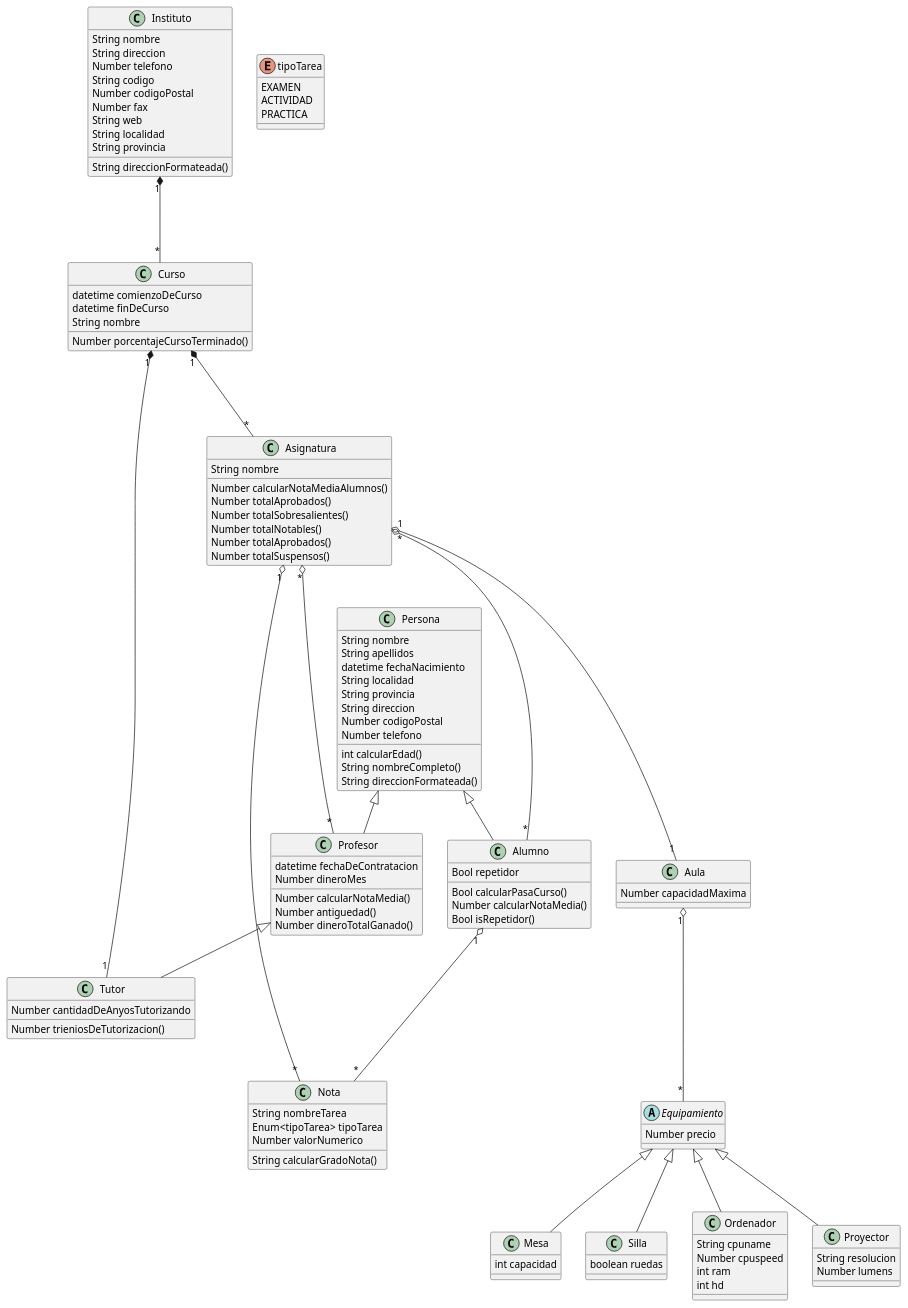
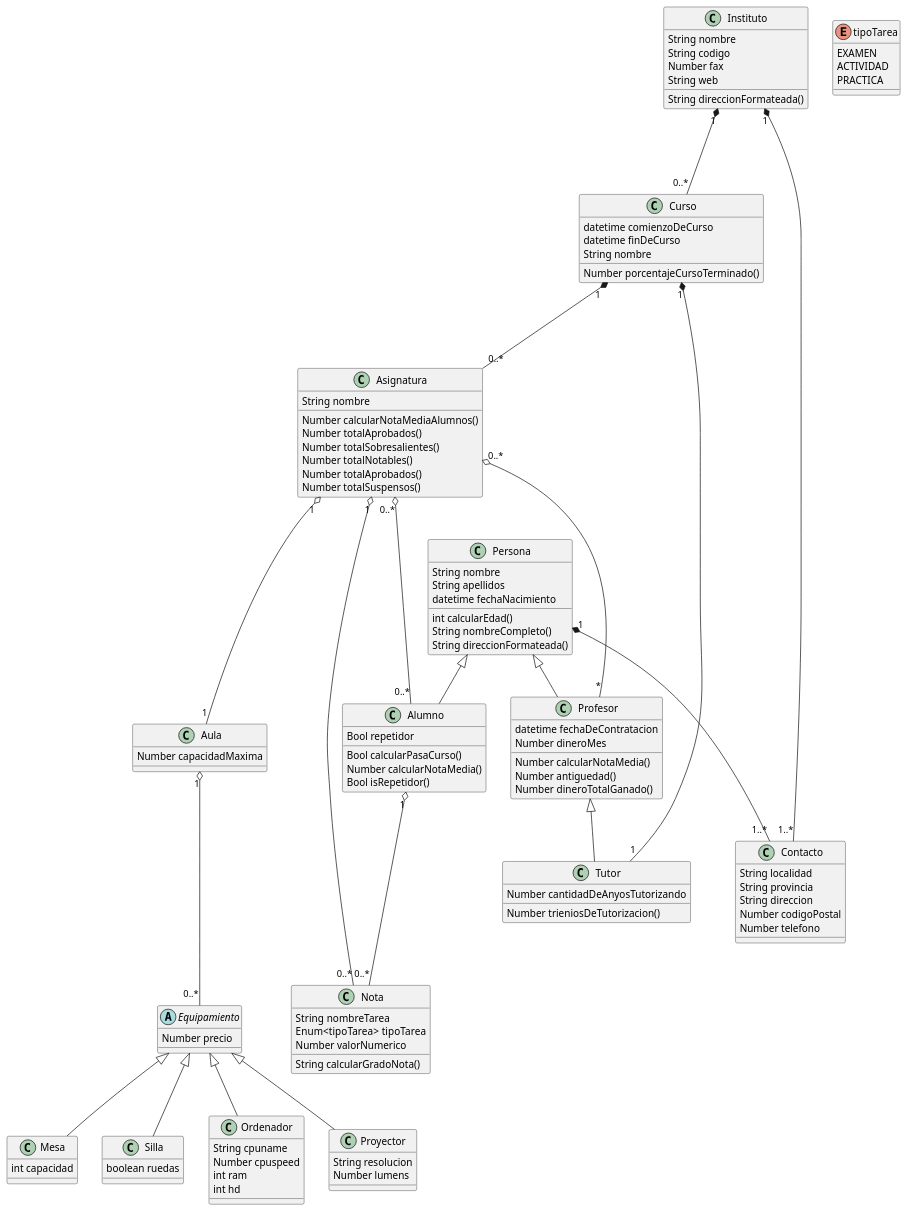
The diagram in uml/DiagramaClases.puml (manelme/alandalus_pyc2), drawn with PlantUML before and after one commit.

Commit message:
contacto extraido de persona e instituto

```diff
--- a/uml/DiagramaClases.puml
+++ b/uml/DiagramaClases.puml
@@ -1,114 +1,113 @@
 @startuml DiagramaClases
 
-Instituto "1" *--- "*" Curso
-Curso "1" *--- "*" Asignatura
+Instituto "1" *--- "0..*" Curso
+Instituto "1" *--- "1..*" Contacto
+Curso "1" *--- "0..*" Asignatura
 Curso  "1" *--- "1" Tutor
-Asignatura "*" o--- "*" Profesor
-Asignatura "*" o--- "*" Alumno
+Asignatura "0..*" o--- "*" Profesor
+Asignatura "0..*" o--- "0..*" Alumno
 Asignatura "1" o--- "1" Aula
-Aula "1" o--- "*" Equipamiento
-Alumno "1" o--- "*" Nota
-Asignatura "1" o--- "*" Nota
+Aula "1" o--- "0..*" Equipamiento
+Alumno "1" o--- "0..*" Nota
+Asignatura "1" o--- "0..*" Nota
+Persona "1" *--- "1..*" Contacto
 
 Persona <|-- Profesor
 Persona <|-- Alumno
 Profesor <|-- Tutor
 Equipamiento <|-- Mesa
 Equipamiento <|-- Silla
 Equipamiento <|-- Ordenador
 Equipamiento <|-- Proyector
 
 
 class Persona {
     String nombre
     String apellidos
     datetime fechaNacimiento
+    int calcularEdad()
+    String nombreCompleto()
+    String direccionFormateada()
+}
+class Contacto {
     String localidad
     String provincia
     String direccion
     Number codigoPostal
     Number telefono
-    int calcularEdad()
-    String nombreCompleto()
-    String direccionFormateada()
 }
 class Alumno {
     Bool repetidor
     Bool calcularPasaCurso()
     Number calcularNotaMedia()
     Bool isRepetidor()
 }
 class Profesor {
     datetime fechaDeContratacion
     Number dineroMes
     Number calcularNotaMedia()
     Number antiguedad()
     Number dineroTotalGanado()
 }
 class Tutor {
     Number cantidadDeAnyosTutorizando
     Number trieniosDeTutorizacion()
 }
 class Instituto {
     String nombre
-    String direccion
-    Number telefono
     String codigo
-    Number codigoPostal
     Number fax
     String web
-    String localidad
-    String provincia
     String direccionFormateada()
 }
 class Asignatura {
     String nombre
     Number calcularNotaMediaAlumnos()
     Number totalAprobados()
     Number totalSobresalientes()
     Number totalNotables()
     Number totalAprobados()
     Number totalSuspensos()
     
 }
 class Curso {
     datetime comienzoDeCurso
     datetime finDeCurso
     String nombre
     Number porcentajeCursoTerminado()
 }
 class Aula {
     Number capacidadMaxima
     
 }
 class Nota {
     String nombreTarea
     Enum<tipoTarea> tipoTarea
     Number valorNumerico
     String calcularGradoNota()
 }
 enum tipoTarea {
   EXAMEN
   ACTIVIDAD
   PRACTICA
 }
 abstract Equipamiento {
     Number precio
 }
 class Mesa{
     int capacidad
 }
 class Silla{
     boolean ruedas
 }
 Class Proyector{
     String resolucion
     Number lumens 
 }
 Class Ordenador{
     String cpuname
     Number cpuspeed
     int ram
     int hd
 }
 @enduml
```
